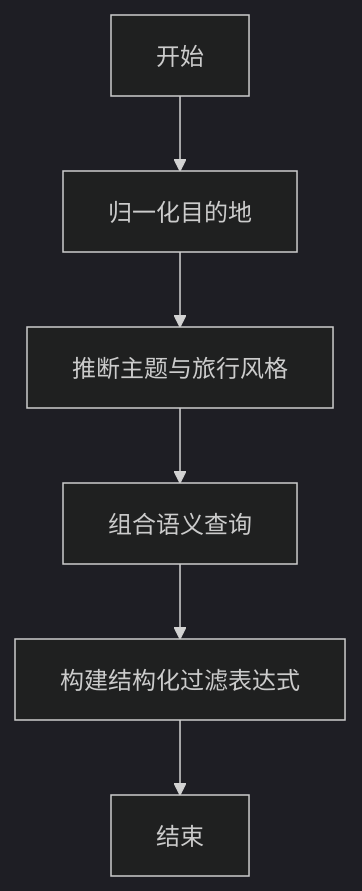
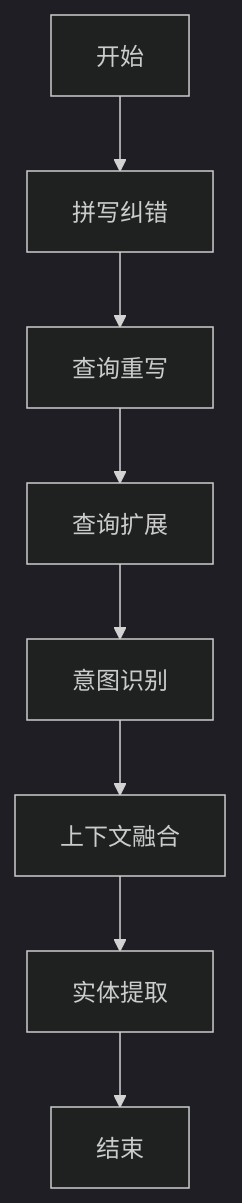
The fourth of 9 diagrams in .qoder/repowiki/zh/content/知识管理系统/RAG实现细节.md (Sinlair/TravelAgent), drawn with Mermaid (dark theme) before and after one commit. The commit also changed other lines of this file and 53 other files, not shown here.

````diff
--- a/.qoder/repowiki/zh/content/知识管理系统/RAG实现细节.md
+++ b/.qoder/repowiki/zh/content/知识管理系统/RAG实现细节.md
@@ -209,8 +257,10 @@
 ```mermaid
 flowchart TD
-S["开始"] --> N["归一化目的地"]
-N --> T["推断主题与旅行风格"]
-T --> Q["组合语义查询"]
-Q --> F["构建结构化过滤表达式"]
-F --> E["结束"]
+S["开始"] --> C["拼写纠错"]
+C --> W["查询重写"]
+W --> E["查询扩展"]
+E --> I["意图识别"]
+I --> M["上下文融合"]
+M --> X["实体提取"]
+X --> F["结束"]
 ```
````
